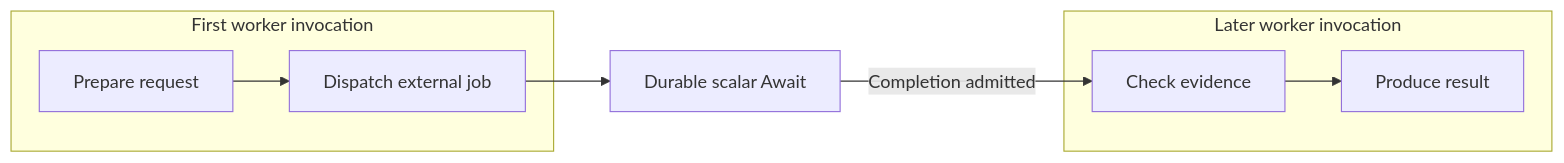
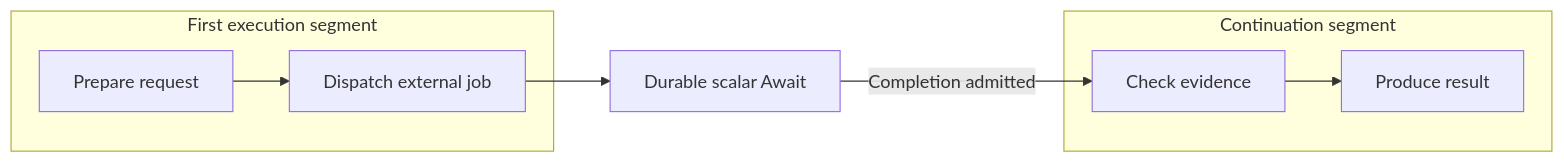
One commit to The-Pipeline-Framework/pipelineframework changed the diagram in docs/deploy/runtime-layouts/using-runtime-mapping.md. Above: the diagram before and after it, drawn with Mermaid. The commit also changed other lines of this file and 2 other files, not shown here.

````diff
--- a/docs/deploy/runtime-layouts/using-runtime-mapping.md
+++ b/docs/deploy/runtime-layouts/using-runtime-mapping.md
@@ -61,11 +61,11 @@
 ```mermaid
 flowchart LR
-    subgraph First[First worker invocation]
+    subgraph First[First execution segment]
         Prepare[Prepare request] --> Dispatch[Dispatch external job]
     end
     Dispatch --> Wait[Durable scalar Await]
     Wait -->|Completion admitted| Check
-    subgraph Second[Later worker invocation]
+    subgraph Second[Continuation segment]
         Check[Check evidence] --> Report[Produce result]
     end
 ```
````
